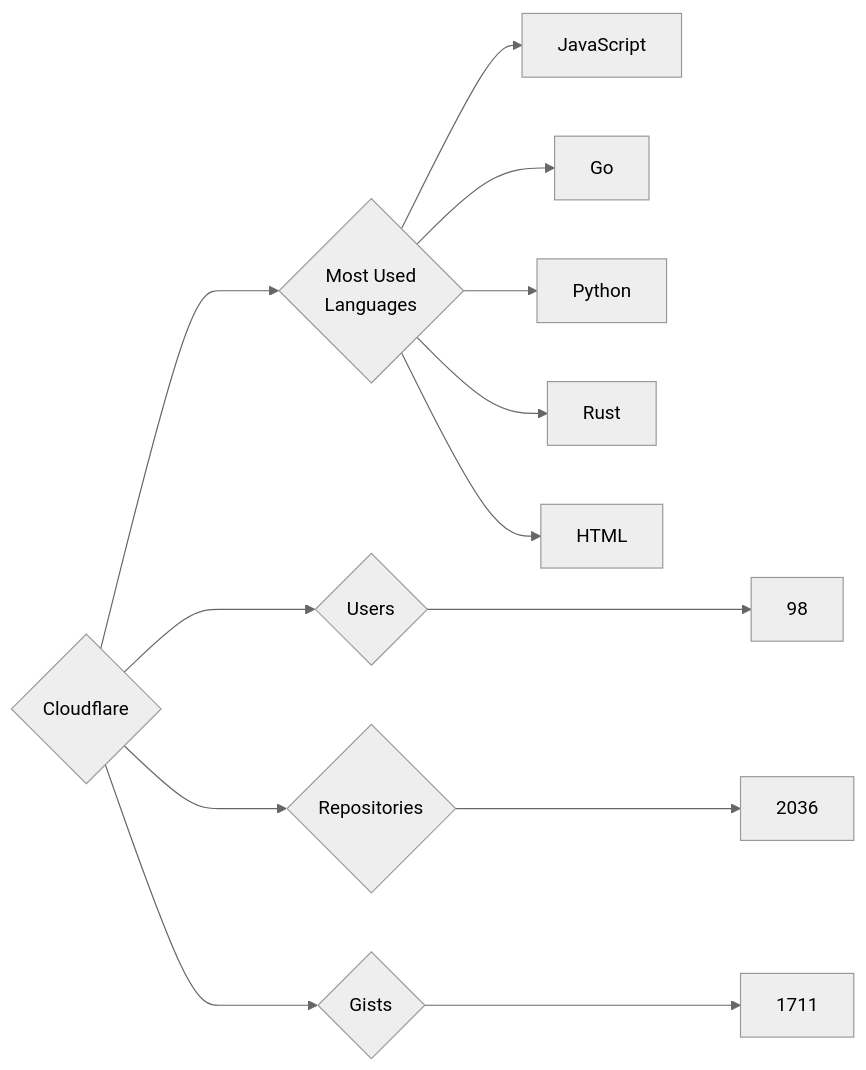
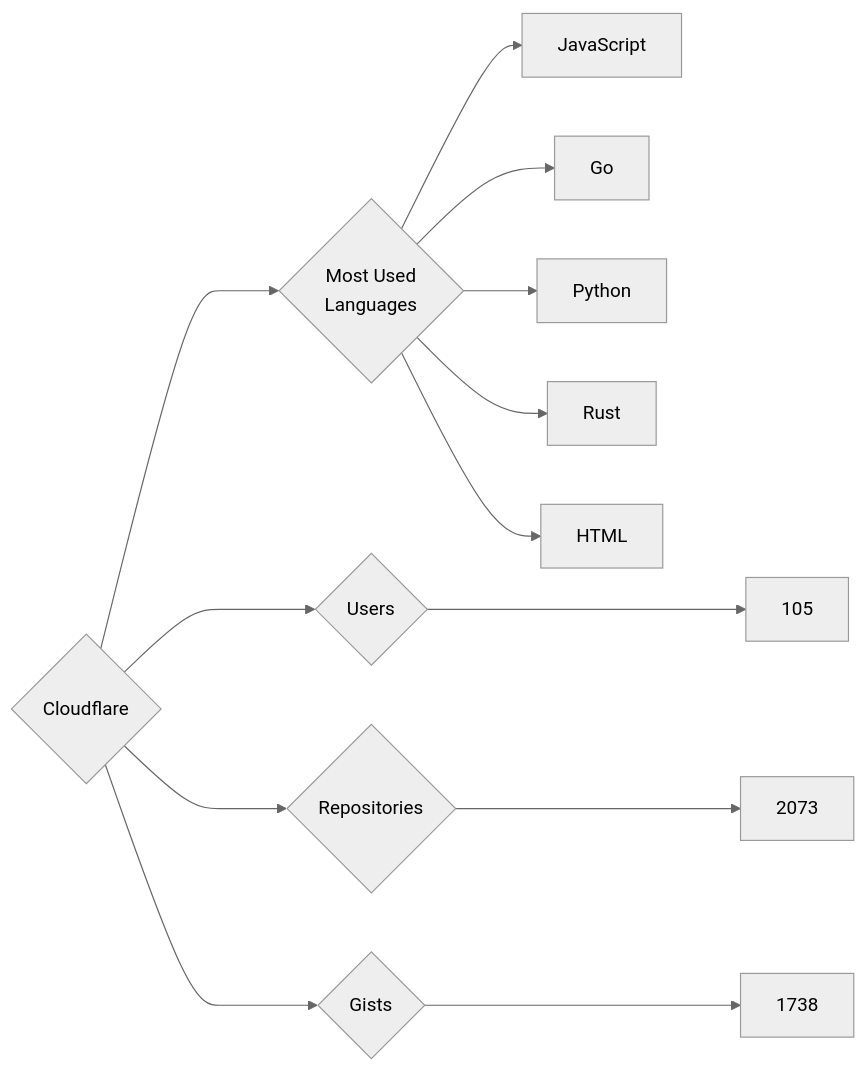
The diagram in targets/Cloudflare/README.md (trickest/insiders), drawn with Mermaid (neutral theme) before and after one commit. The commit also changed 772 other files, not shown here.

````diff
--- a/targets/Cloudflare/README.md
+++ b/targets/Cloudflare/README.md
@@ -3,13 +3,13 @@
 ```mermaid
 graph LR
 COMPANY_NAME{Cloudflare}
-COMPANY_NAME ---> U{Users} ---> UN[98]
-COMPANY_NAME ---> R{Repositories} ---> RN[2036]
-COMPANY_NAME ---> G{Gists} ---> GN[1711]
+COMPANY_NAME ---> U{Users} ---> UN[105]
+COMPANY_NAME ---> R{Repositories} ---> RN[2073]
+COMPANY_NAME ---> G{Gists} ---> GN[1738]
 COMPANY_NAME ---> ML{Most Used<br>Languages}
 ML --> JavaScript[JavaScript]
 ML --> Go[Go]
 ML --> Python[Python]
 ML --> Rust[Rust]
 ML --> HTML[HTML]
 ```
````
